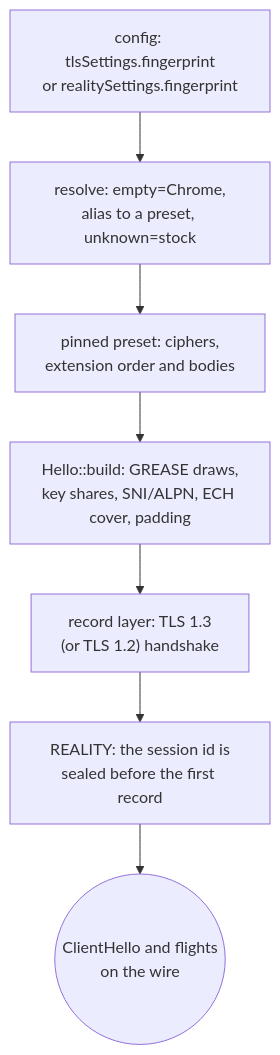
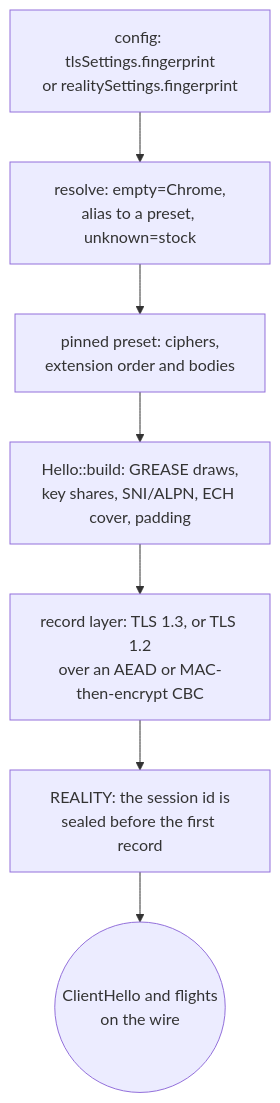
The diagram in docs/function/security-utls.md (Ferrocite/ferrox), drawn with Mermaid before and after one commit. The commit also changed other lines of this file and 5 other files, not shown here.

Commit message:
tls: the uTLS page counts the CBC gate, and names the suites still left

````diff
--- a/docs/function/security-utls.md
+++ b/docs/function/security-utls.md
@@ -9,9 +9,9 @@
 ```mermaid
 graph TD
     C["config: tlsSettings.fingerprint<br/>or realitySettings.fingerprint"] --> R["resolve: empty=Chrome,<br/>alias to a preset, unknown=stock"]
     R --> P["pinned preset: ciphers,<br/>extension order and bodies"]
     P --> B["Hello::build: GREASE draws,<br/>key shares, SNI/ALPN, ECH cover, padding"]
-    B --> S["record layer: TLS 1.3<br/>(or TLS 1.2) handshake"]
+    B --> S["record layer: TLS 1.3, or TLS 1.2<br/>over an AEAD or MAC-then-encrypt CBC"]
     S --> F["REALITY: the session id is<br/>sealed before the first record"]
     F --> W(("ClientHello and flights<br/>on the wire"))
 ```
````
